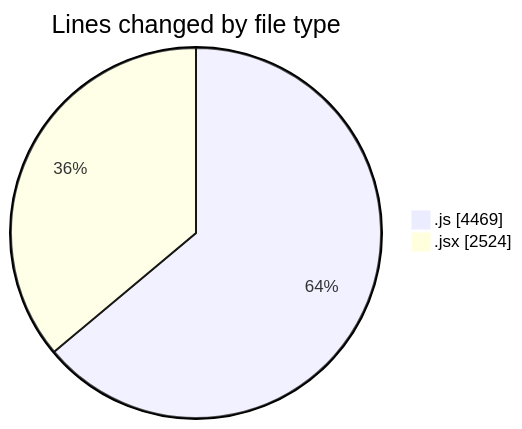
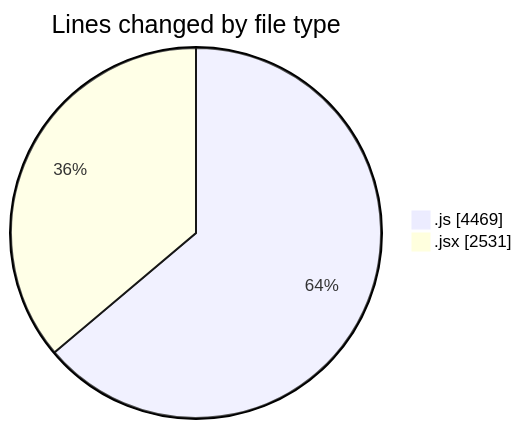
Before and after one commit to nxtqubesakshisongat/code-tracking: the first of 2 diagrams in 2025-08-13/nxtqube_webapp/README.md, drawn with Mermaid. The commit also changed other lines of this file and 1 other file, not shown here.

````diff
--- a/2025-08-13/nxtqube_webapp/README.md
+++ b/2025-08-13/nxtqube_webapp/README.md
@@ -26,6 +26,6 @@
 ```mermaid
 pie showData
 title Lines changed by file type
 ".js" : 4469
-".jsx" : 2524
+".jsx" : 2531
 ```
````
